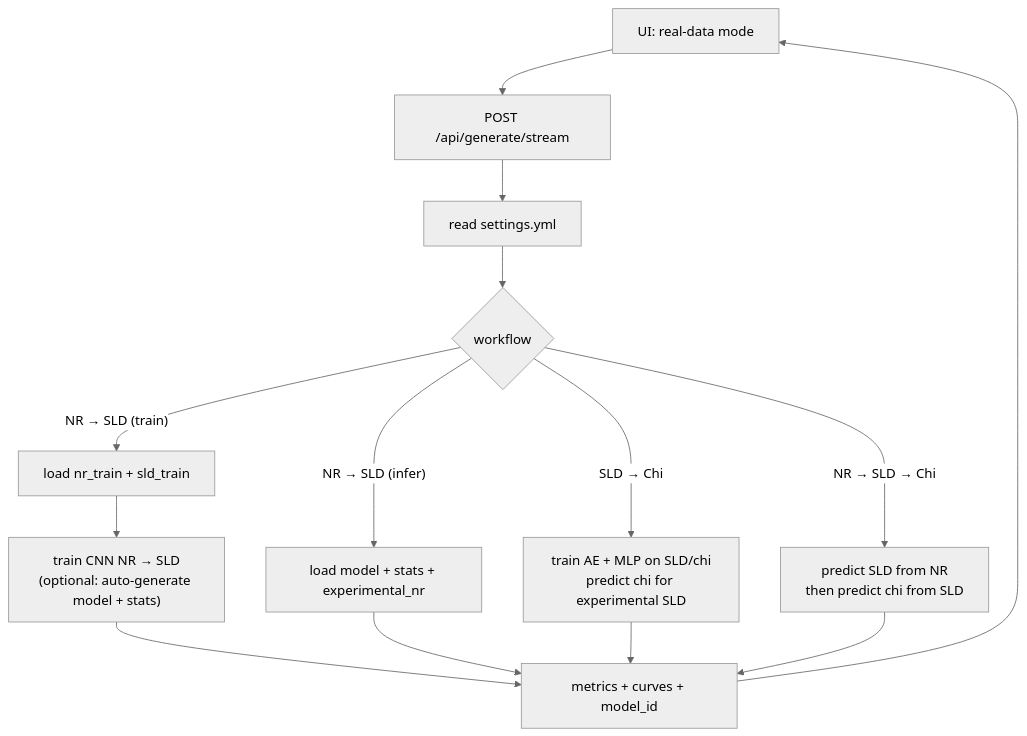
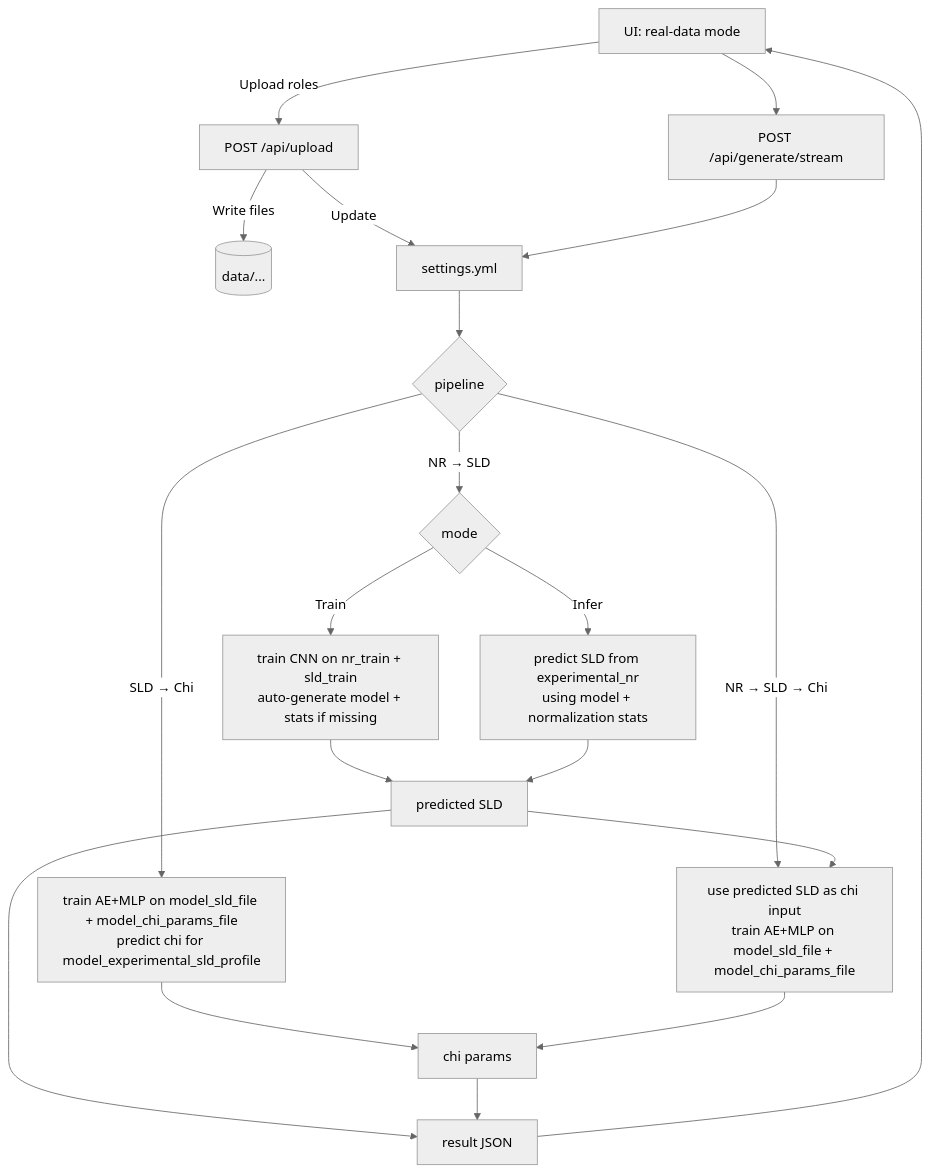
Before and after one commit to Northeastern-Research-ORNL-1/pyreflect-interface: the third of 10 diagrams in README.md, drawn with Mermaid (neutral theme). The commit also changed other lines of this file and 35 other files, not shown here.

````diff
--- a/README.md
+++ b/README.md
@@ -84,16 +80,27 @@
 ```mermaid
 flowchart TD
-  UI[UI: real-data mode] --> API[POST /api/generate/stream]
-  API --> CFG[read settings.yml]
-  CFG --> ROUTE{workflow}
-  ROUTE -->|"NR → SLD (train)"| LOAD["load nr_train + sld_train"]
-  LOAD --> TRAIN["train CNN NR → SLD<br/>(optional: auto-generate model + stats)"]
-  TRAIN --> RESULT["metrics + curves + model_id"]
-  ROUTE -->|"NR → SLD (infer)"| INFER["load model + stats + experimental_nr"]
-  INFER --> RESULT
-  ROUTE -->|"SLD → Chi"| CHI["train AE + MLP on SLD/chi<br/>predict chi for experimental SLD"]
-  CHI --> RESULT
-  ROUTE -->|"NR → SLD → Chi"| CHAIN["predict SLD from NR<br/>then predict chi from SLD"]
-  CHAIN --> RESULT
+  UI[UI: real-data mode] -->|Upload roles| UP[POST /api/upload]
+  UP -->|Write files| FS[(data/...)]
+  UP -->|Update| CFG[settings.yml]
+
+  UI --> API[POST /api/generate/stream]
+  API --> CFG
+  CFG --> ROUTE{pipeline}
+
+  ROUTE -->|"NR → SLD"| NRSLD{mode}
+  NRSLD -->|"Train"| NRTRAIN["train CNN on nr_train + sld_train<br/>auto-generate model + stats if missing"]
+  NRTRAIN --> SLDOUT[predicted SLD]
+  NRSLD -->|"Infer"| NRINFER["predict SLD from experimental_nr<br/>using model + normalization stats"]
+  NRINFER --> SLDOUT
+
+  ROUTE -->|"SLD → Chi"| SLDCHI["train AE+MLP on model_sld_file + model_chi_params_file<br/>predict chi for model_experimental_sld_profile"]
+  SLDCHI --> CHIOUT[chi params]
+
+  ROUTE -->|"NR → SLD → Chi"| CHAIN["use predicted SLD as chi input<br/>train AE+MLP on model_sld_file + model_chi_params_file"]
+  SLDOUT --> CHAIN
+  CHAIN --> CHIOUT
+
+  SLDOUT --> RESULT[result JSON]
+  CHIOUT --> RESULT
   RESULT --> UI
 ```
````
